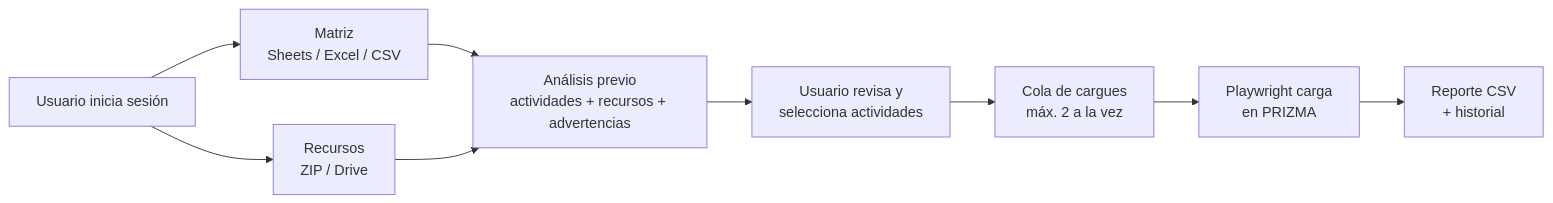
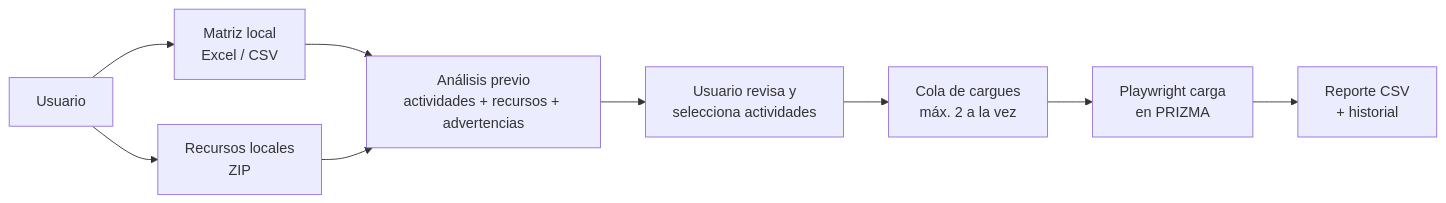
One commit to JIMENEZ45/cargue-autom-tico-prizma.site- changed the diagram in GUIA_DETALLADA.md. Above: the diagram before and after it, drawn with Mermaid. The commit also changed other lines of this file and 76 other files, not shown here.

````diff
--- a/GUIA_DETALLADA.md
+++ b/GUIA_DETALLADA.md
@@ -47,11 +64,11 @@
 ```mermaid
 flowchart LR
-    A[Usuario inicia sesión] --> B[Matriz<br/>Sheets / Excel / CSV]
-    A --> C[Recursos<br/>ZIP / Drive]
+    A[Usuario] --> B[Matriz local<br/>Excel / CSV]
+    A --> C[Recursos locales<br/>ZIP]
     B --> D[Análisis previo<br/>actividades + recursos + advertencias]
     C --> D
     D --> E[Usuario revisa y<br/>selecciona actividades]
     E --> F[Cola de cargues<br/>máx. 2 a la vez]
     F --> G[Playwright carga<br/>en PRIZMA]
     G --> H[Reporte CSV<br/>+ historial]
 ```
````
